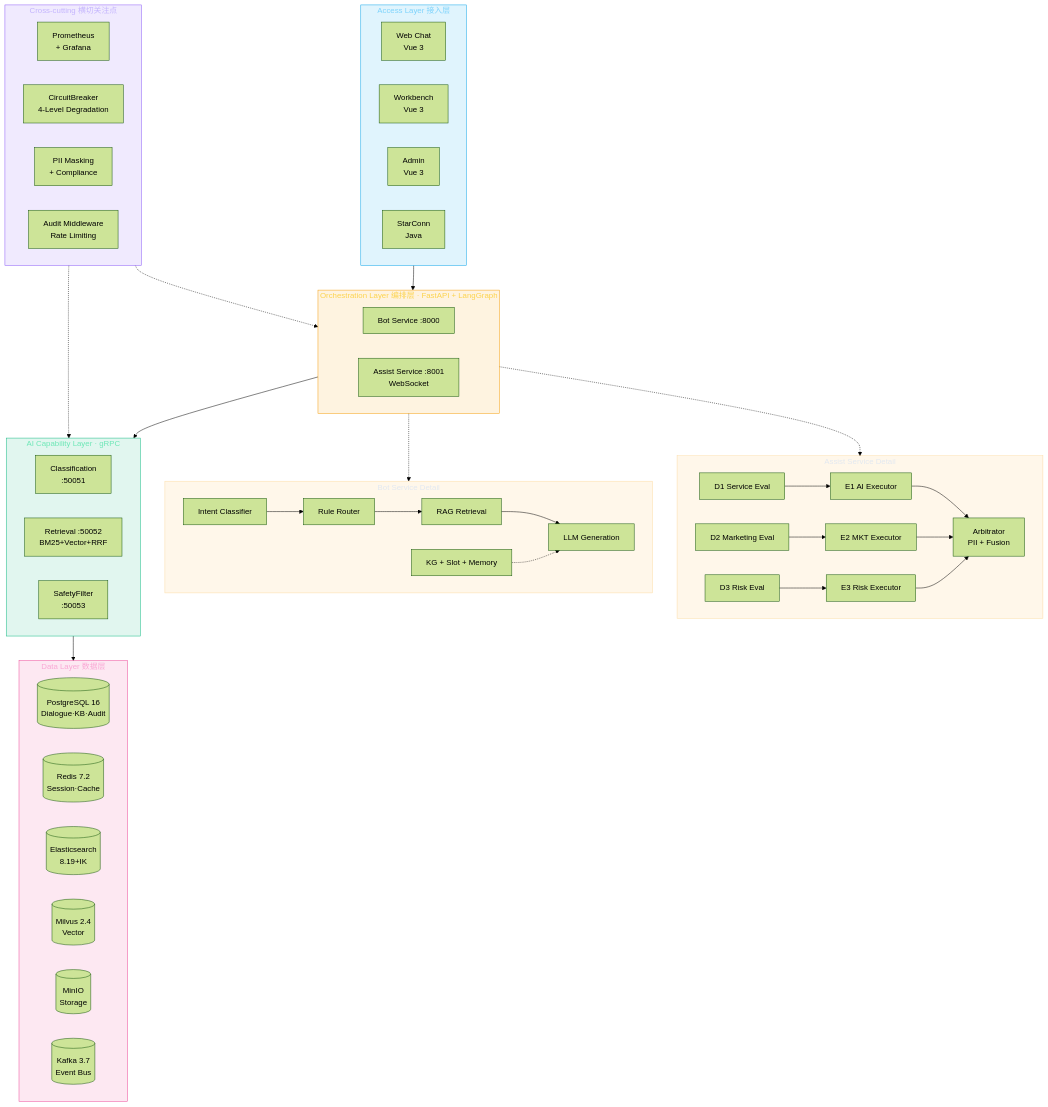
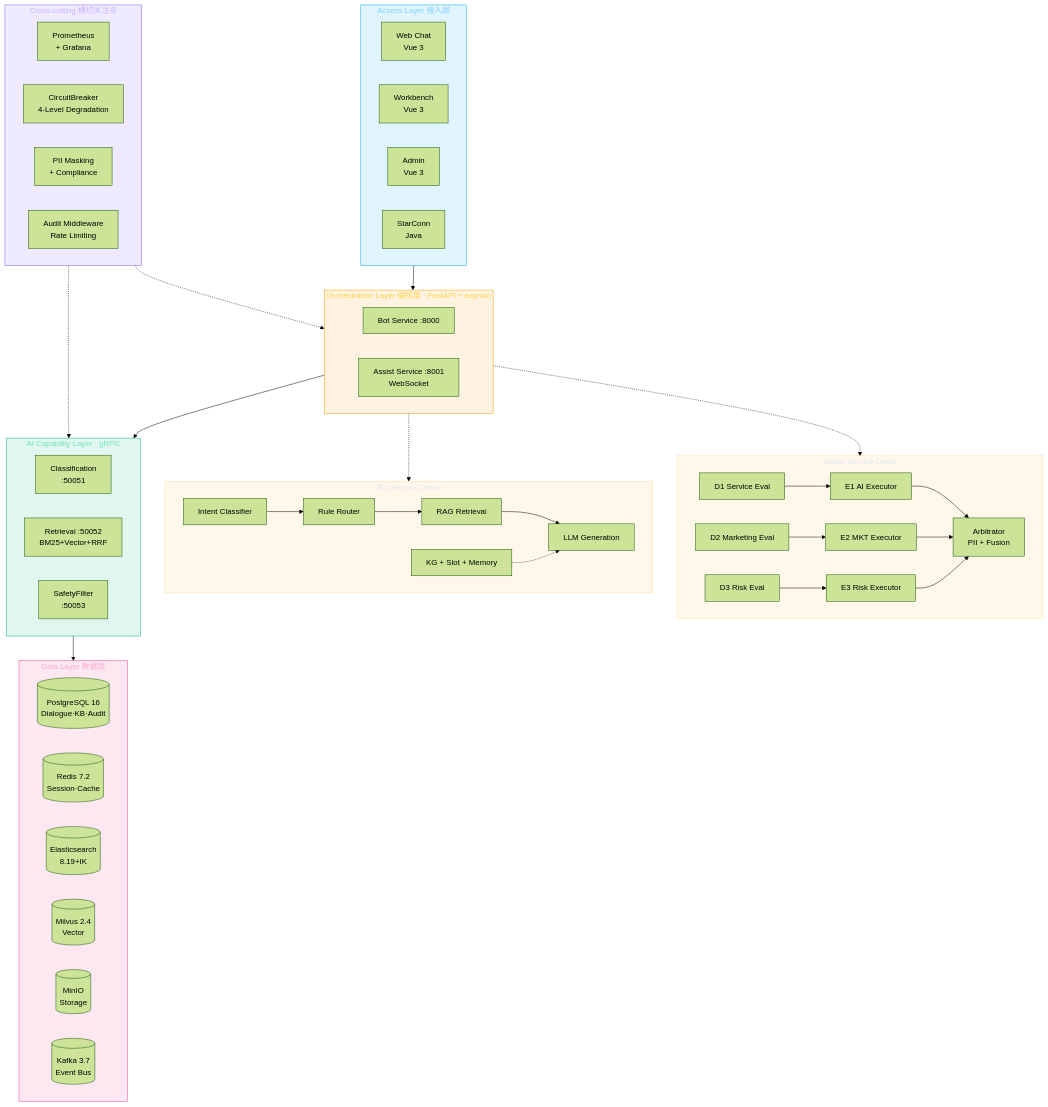
One commit to slowleelab/QingQue changed the diagram in README.md. Above: the diagram before and after it, drawn with Mermaid (forest theme). The commit also changed other lines of this file and 34 other files, not shown here.

```diff
--- a/README.md
+++ b/README.md
@@ -25,7 +25,7 @@
         A4["StarConn<br/>Java"]
     end
 
-    subgraph ORCH["Orchestration Layer 编排层 · FastAPI + LangGraph"]
+    subgraph ORCH["Orchestration Layer 编排层 · FastAPI + asyncio"]
         direction LR
         B1["Bot Service :8000"]
         B2["Assist Service :8001<br/>WebSocket"]
```
